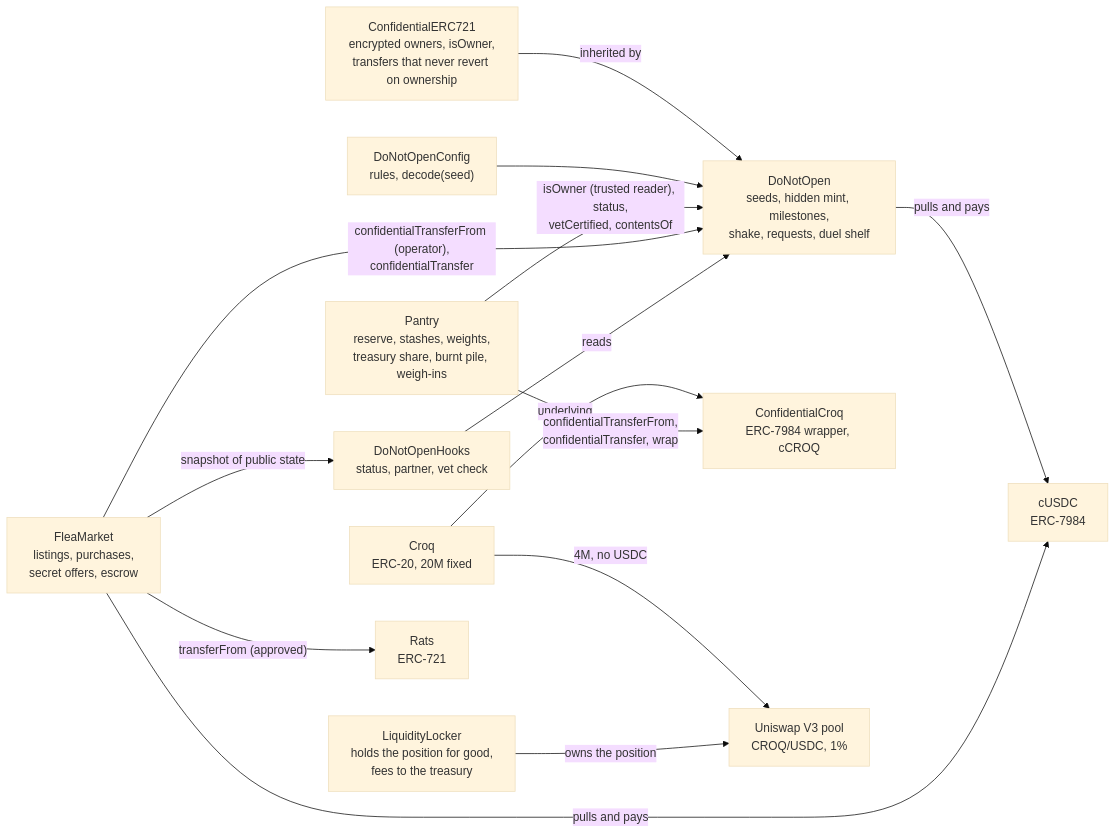
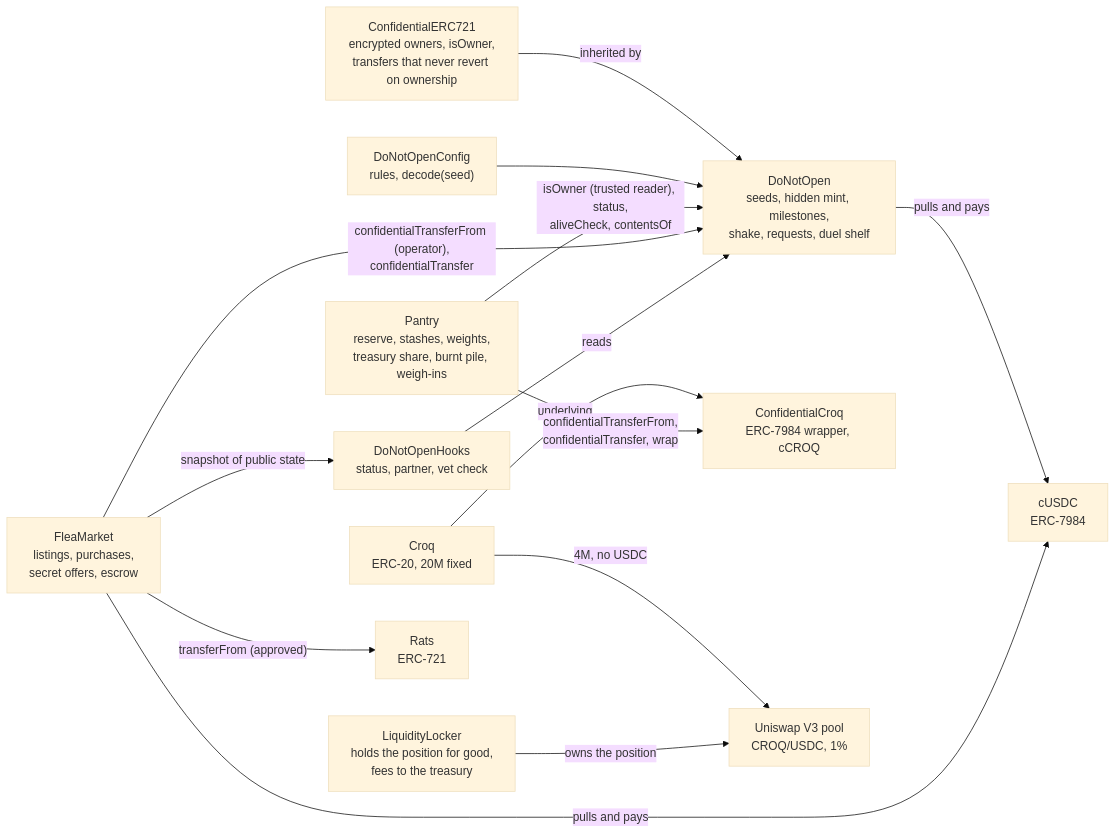
Before and after one commit to jecombe/do_not_open: the third of 6 diagrams in docs/ARCHITECTURE.md, drawn with Mermaid (base theme). The commit also changed 99 other files, not shown here.

````diff
--- a/docs/ARCHITECTURE.md
+++ b/docs/ARCHITECTURE.md
@@ -67,16 +67,16 @@
 ```mermaid
 flowchart LR
   base["ConfidentialERC721<br/>encrypted owners, isOwner,<br/>transfers that never revert on ownership"] -- "inherited by" --> dno
   cfg["DoNotOpenConfig<br/>rules, decode(seed)"] --> dno["DoNotOpen<br/>seeds, hidden mint, milestones,<br/>shake, requests, duel shelf"]
   dno -- "pulls and pays" --> cusdc["cUSDC<br/>ERC-7984"]
   croq["Croq<br/>ERC-20, 20M fixed"] -- "underlying" --> ccroq["ConfidentialCroq<br/>ERC-7984 wrapper, cCROQ"]
-  pantry["Pantry<br/>reserve, stashes, weights,<br/>treasury share, burnt pile, weigh-ins"] -- "isOwner (trusted reader), status,<br/>vetCertified, contentsOf" --> dno
+  pantry["Pantry<br/>reserve, stashes, weights,<br/>treasury share, burnt pile, weigh-ins"] -- "isOwner (trusted reader), status,<br/>aliveCheck, contentsOf" --> dno
   pantry -- "confidentialTransferFrom,<br/>confidentialTransfer, wrap" --> ccroq
   croq -- "4M, no USDC" --> pool["Uniswap V3 pool<br/>CROQ/USDC, 1%"]
   locker["LiquidityLocker<br/>holds the position for good,<br/>fees to the treasury"] -- "owns the position" --> pool
   flea["FleaMarket<br/>listings, purchases,<br/>secret offers, escrow"] -- "confidentialTransferFrom (operator),<br/>confidentialTransfer" --> dno
   flea -- "snapshot of public state" --> hooks["DoNotOpenHooks<br/>status, partner, vet check"]
   hooks -- "reads" --> dno
   flea -- "transferFrom (approved)" --> rats["Rats<br/>ERC-721"]
   flea -- "pulls and pays" --> cusdc
 ```
````
